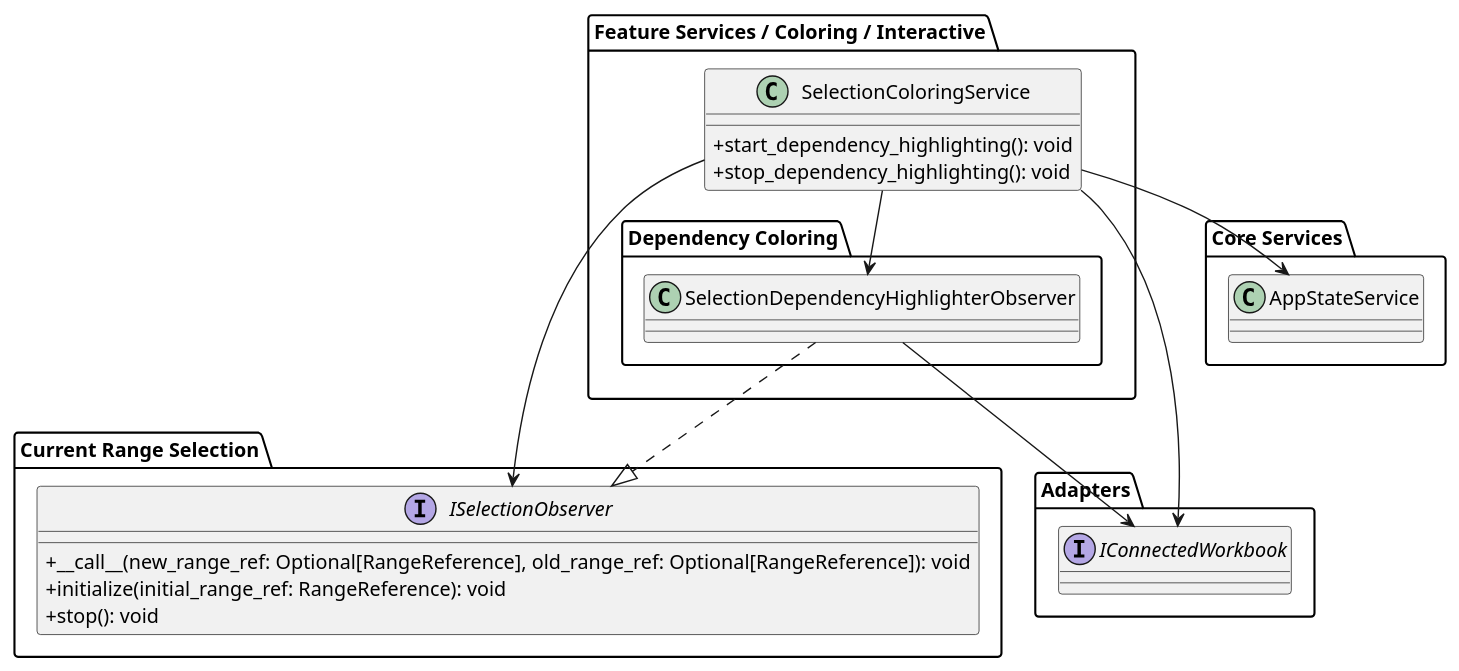
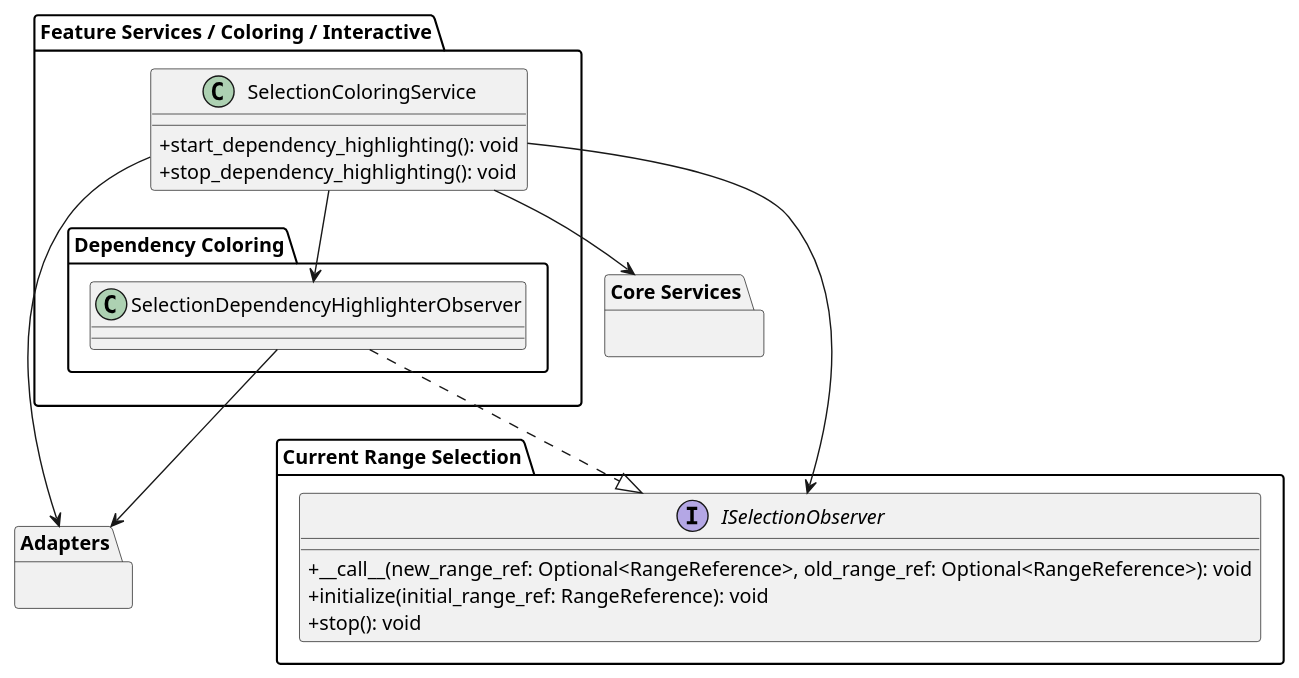
The diagram in diagrams/plantuml/architecture/class_diagram_services_dynamic_coloring.puml (ByeByeExcel/SpreadsheetExplorer), drawn with PlantUML before and after one commit. The commit also changed 16 other files, not shown here.

Commit message:
* replaced [] with <> in diagrams * made public properties private where possible

```diff
--- a/diagrams/plantuml/architecture/class_diagram_services_dynamic_coloring.puml
+++ b/diagrams/plantuml/architecture/class_diagram_services_dynamic_coloring.puml
@@ -1,42 +1,40 @@
 @startuml
 skinparam classAttributeIconSize 0
 
 package "Current Range Selection"{
     interface ISelectionObserver {
-        +__call__(new_range_ref: Optional[RangeReference], old_range_ref: Optional[RangeReference]): void
+        +__call__(new_range_ref: Optional<RangeReference>, old_range_ref: Optional<RangeReference>): void
         + initialize(initial_range_ref: RangeReference): void
         + stop(): void
     }
 }
 
 ' === FEATURE SERVICES PACKAGE ===
 package "Feature Services / Coloring / Interactive" {
     class SelectionColoringService {
         + start_dependency_highlighting(): void
         + stop_dependency_highlighting(): void
     }
 
     package "Dependency Coloring" {
         class SelectionDependencyHighlighterObserver
     }
 }
 
 ' === ADAPTERS ===
 package "Adapters" {
-    interface IConnectedWorkbook
 }
 
 ' === CORE SERVICES ===
 package "Core Services" {
-    class AppStateService
 }
 
 ' === DEPENDENCIES ===
 SelectionColoringService --> SelectionDependencyHighlighterObserver
-SelectionColoringService --> AppStateService
-SelectionColoringService --> IConnectedWorkbook
+SelectionColoringService --> "Core Services"
+SelectionColoringService --> "Adapters"
 SelectionColoringService --> ISelectionObserver
-SelectionDependencyHighlighterObserver --> IConnectedWorkbook
+SelectionDependencyHighlighterObserver --> "Adapters"
 SelectionDependencyHighlighterObserver ..|> ISelectionObserver
 
 @enduml
```
